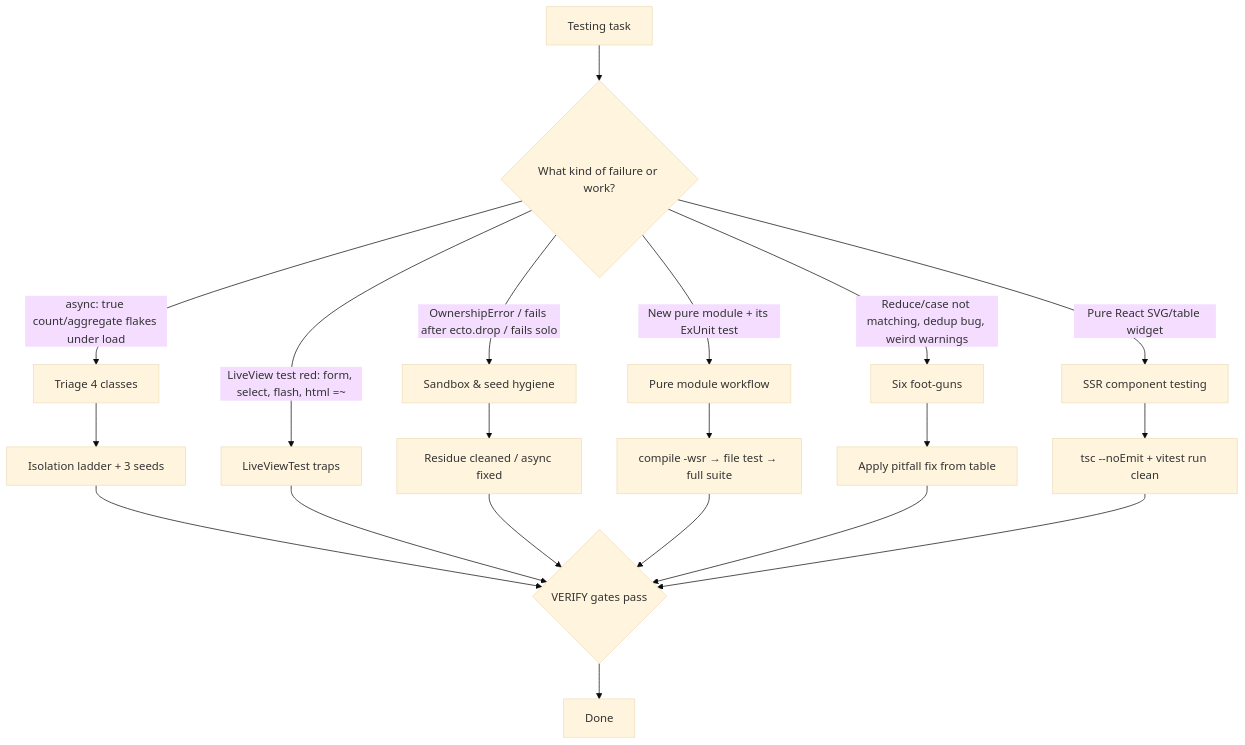
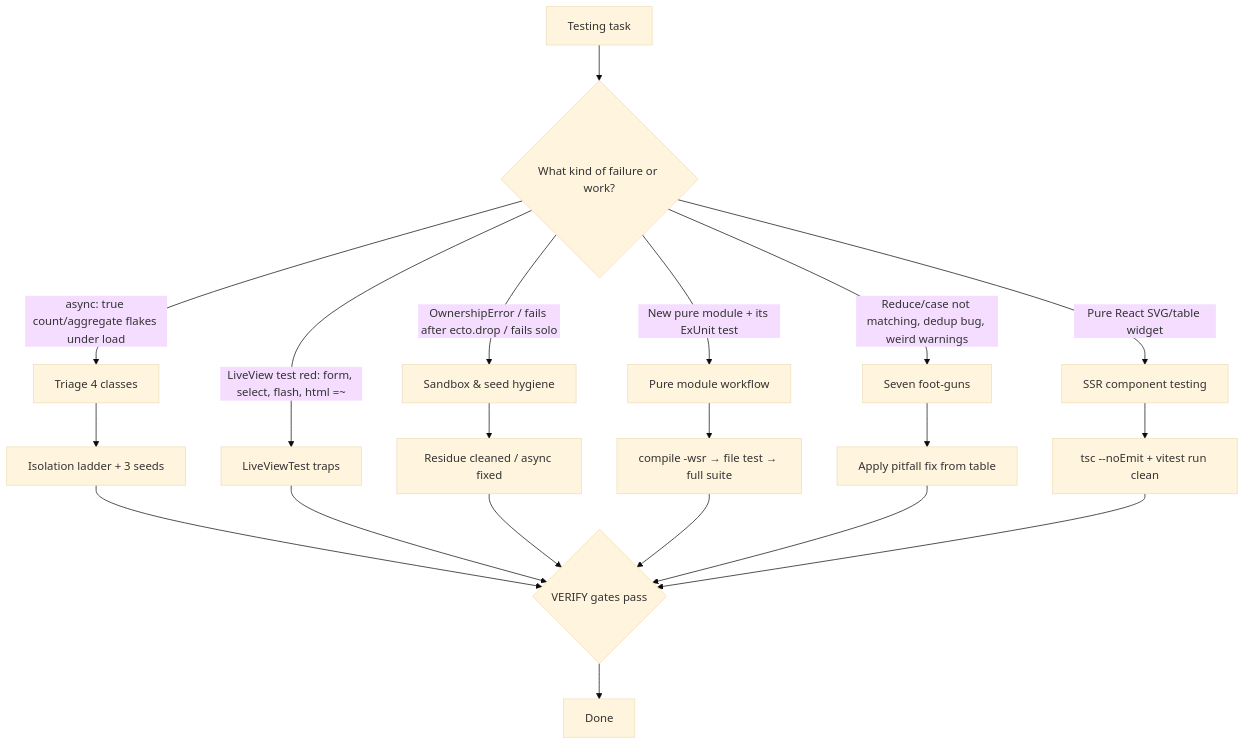
The diagram in skills/elixir-testing/SKILL.md (alvarolizama/elixir-skills), drawn with Mermaid (base theme) before and after one commit. The commit also changed other lines of this file and 32 other files, not shown here.

````diff
--- a/skills/elixir-testing/SKILL.md
+++ b/skills/elixir-testing/SKILL.md
@@ -22,17 +22,17 @@
 ```mermaid
 flowchart TD
     A[Testing task] --> B{What kind of failure or work?}
     B -->|New pure module + its ExUnit test| C[Pure module workflow]
-    B -->|Reduce/case not matching, dedup bug, weird warnings| P[Six foot-guns]
+    B -->|Reduce/case not matching, dedup bug, weird warnings| P[Seven foot-guns]
     B -->|async: true count/aggregate flakes under load| F[Triage 4 classes]
     B -->|LiveView test red: form, select, flash, html =~| L[LiveViewTest traps]
     B -->|OwnershipError / fails after ecto.drop / fails solo| S[Sandbox & seed hygiene]
     B -->|Pure React SVG/table widget| R[SSR component testing]
     F --> F1[Isolation ladder + 3 seeds] --> V
     L --> V
     S --> S1[Residue cleaned / async fixed] --> V
     C --> C1[compile -wsr → file test → full suite] --> V
     P --> P1[Apply pitfall fix from table] --> V
     R --> R1[tsc --noEmit + vitest run clean] --> V
     V{VERIFY gates pass} --> D[Done]
 ```
````
